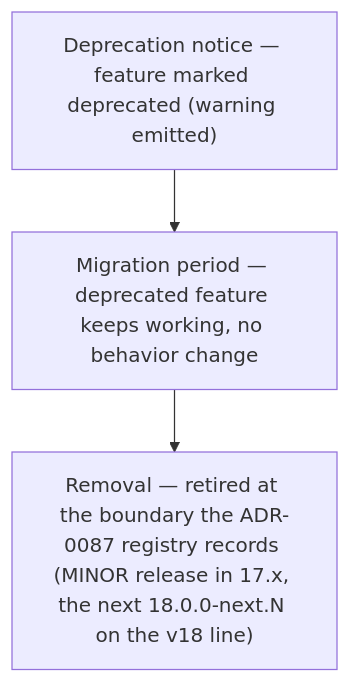
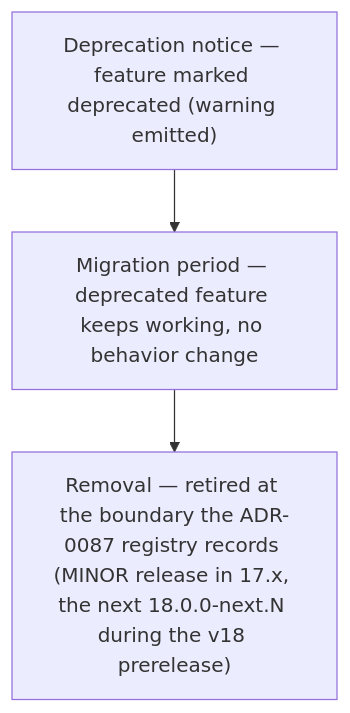
The diagram in content/docs/protocol/backward-compatibility.mdx (Nitjsefnie-OSC/objectstack), drawn with Mermaid before and after one commit. The commit also changed other lines of this file and 1 other file, not shown here.

First line of the commit message:
chore(release): exit Changesets pre mode (`next`), so the next version pass cuts the 18.0.0 GA (#24555)

````diff
--- a/content/docs/protocol/backward-compatibility.mdx
+++ b/content/docs/protocol/backward-compatibility.mdx
@@ -79,5 +79,5 @@
 ```mermaid
 flowchart TD
     A["Deprecation notice — feature marked deprecated (warning emitted)"] --> B["Migration period — deprecated feature keeps working, no behavior change"]
-    B --> C["Removal — retired at the boundary the ADR-0087 registry records (MINOR release in 17.x, the next 18.0.0-next.N on the v18 line)"]
+    B --> C["Removal — retired at the boundary the ADR-0087 registry records (MINOR release in 17.x, the next 18.0.0-next.N during the v18 prerelease)"]
 ```
````
